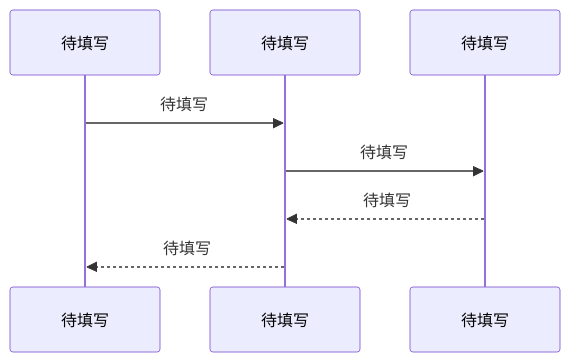
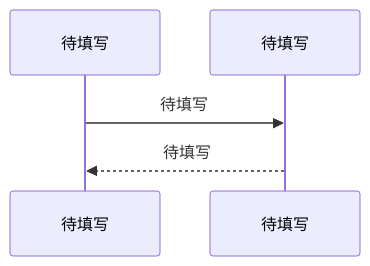
Before and after one commit to zongzi78/agent-plugins-market: the diagram in ai-sdd/skills/ai-sdd-init/templates/doc/03-详细设计_模板.md, drawn with Mermaid. The commit also changed other lines of this file and 26 other files, not shown here.

````diff
--- a/ai-sdd/skills/ai-sdd-init/templates/doc/03-详细设计_模板.md
+++ b/ai-sdd/skills/ai-sdd-init/templates/doc/03-详细设计_模板.md
@@ -138,10 +115,7 @@
 ```mermaid
 sequenceDiagram
     participant A as 待填写
     participant B as 待填写
-    participant C as 待填写
     A->>B: 待填写
-    B->>C: 待填写
-    C-->>B: 待填写
     B-->>A: 待填写
 ```
````
